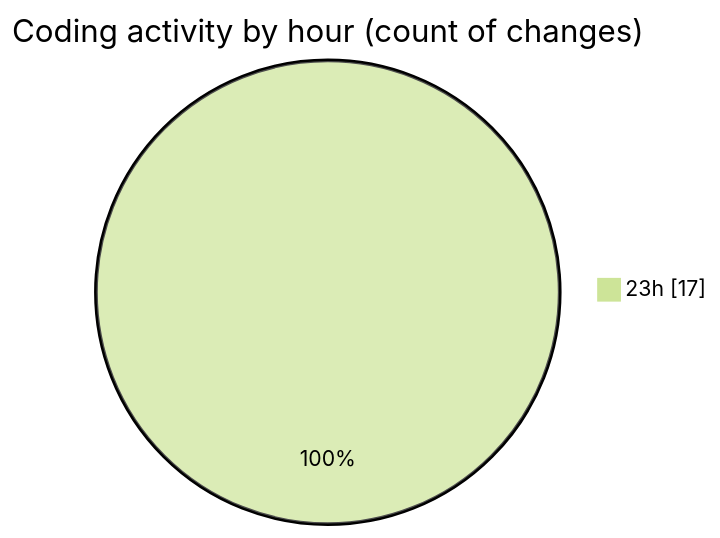
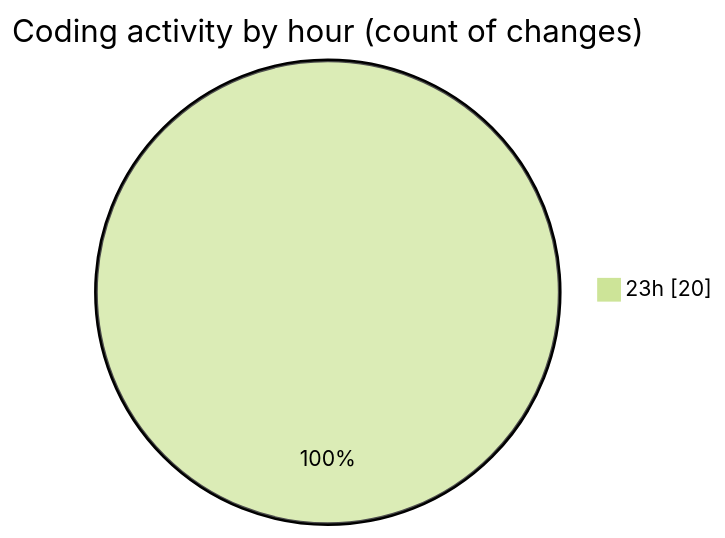
One commit to Elitesun/code-tracking changed the second of 2 diagrams in 2025-01-30/react/README.md. Above: the diagram before and after it, drawn with Mermaid (forest theme). The commit also changed other lines of this file and 1 other file, not shown here.

````diff
--- a/2025-01-30/react/README.md
+++ b/2025-01-30/react/README.md
@@ -31,5 +33,5 @@
 ```mermaid
 pie showData
 title Coding activity by hour (count of changes)
-"23h" : 17
+"23h" : 20
 ```
````
